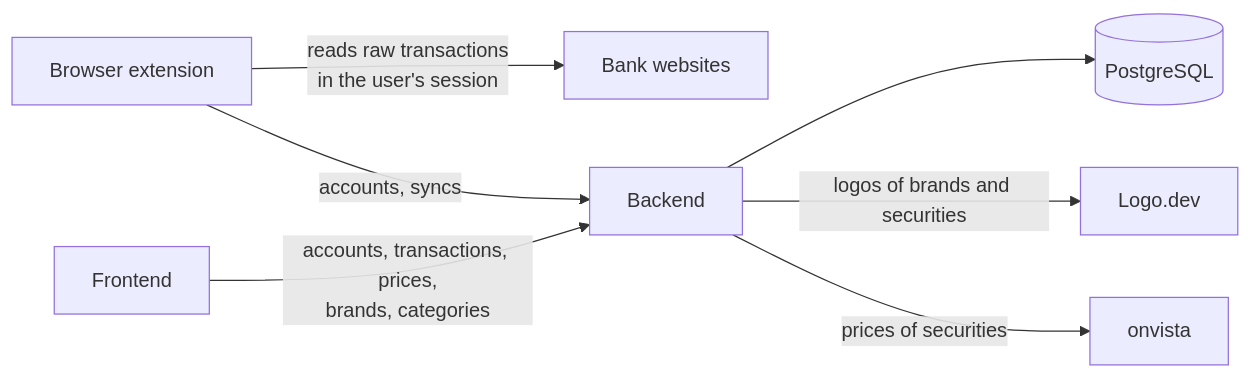
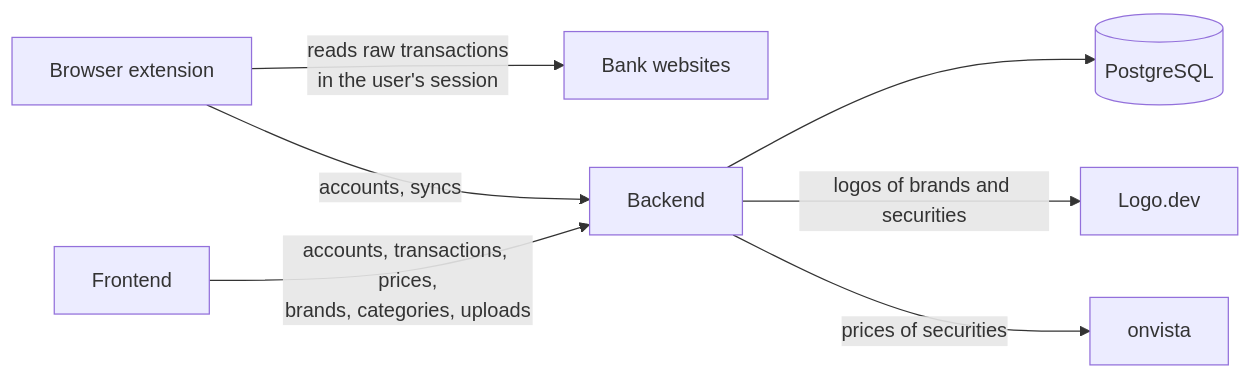
One commit to lennartmoeller/finance-tracker changed the diagram in README.md. Above: the diagram before and after it, drawn with Mermaid. The commit also changed other lines of this file and 35 other files, not shown here.

````diff
--- a/README.md
+++ b/README.md
@@ -15,16 +15,16 @@
 ```mermaid
 flowchart LR
   banks["Bank websites"]
   extension["Browser extension"]
   frontend["Frontend"]
   backend["Backend"]
   postgres[("PostgreSQL")]
   logodev["Logo.dev"]
   onvista["onvista"]
   extension -- "reads raw transactions<br/>in the user's session" --> banks
   extension -- "accounts, syncs" --> backend
-  frontend -- "accounts, transactions, prices,<br/>brands, categories" --> backend
+  frontend -- "accounts, transactions, prices,<br/>brands, categories, uploads" --> backend
   backend --> postgres
   backend -- "logos of brands and securities" --> logodev
   backend -- "prices of securities" --> onvista
 ```
````
